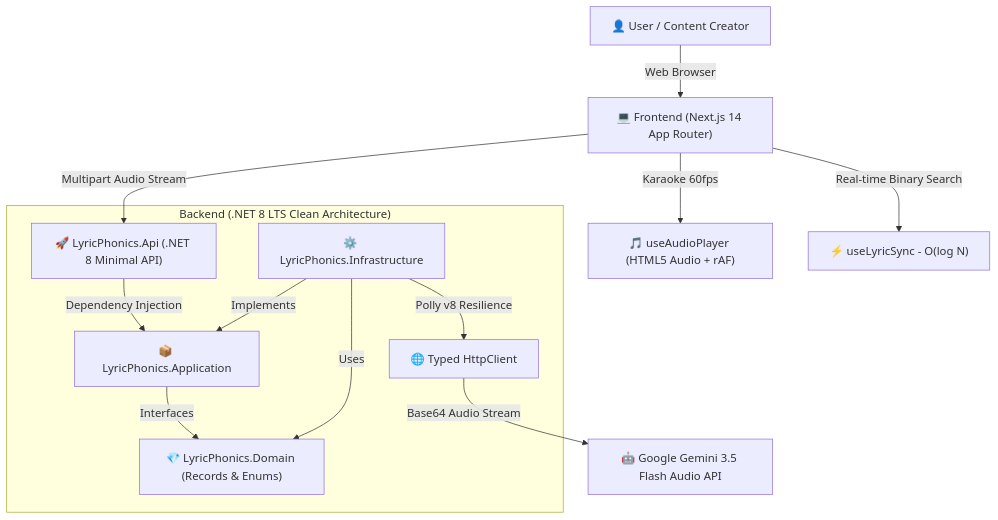
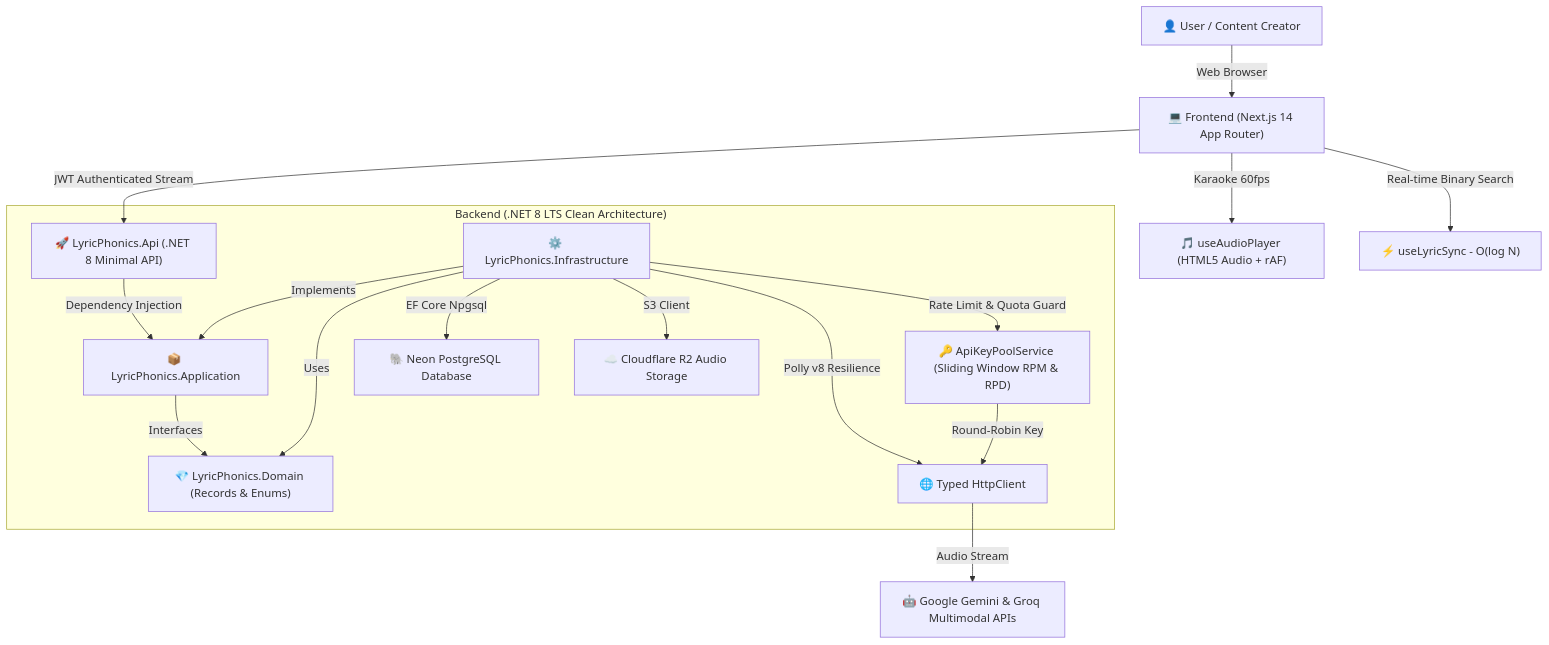
Before and after one commit to thieuhoang2002/LyricPhonics: the diagram in README.md, drawn with Mermaid. The commit also changed other lines of this file and 4 other files, not shown here.

Commit message:
docs: update changelog, roadmap and readme with v0.4.0 security hardening and cloud sync

````diff
--- a/README.md
+++ b/README.md
@@ -36,17 +36,21 @@
 ```mermaid
 graph TD
     User["👤 User / Content Creator"] -->|Web Browser| FE["💻 Frontend (Next.js 14 App Router)"]
     FE -->|Karaoke 60fps| Player["🎵 useAudioPlayer (HTML5 Audio + rAF)"]
     FE -->|Real-time Binary Search| Sync["⚡ useLyricSync - O(log N)"]
-    FE -->|Multipart Audio Stream| API["🚀 LyricPhonics.Api (.NET 8 Minimal API)"]
+    FE -->|JWT Authenticated Stream| API["🚀 LyricPhonics.Api (.NET 8 Minimal API)"]
     
     subgraph "Backend (.NET 8 LTS Clean Architecture)"
         API -->|Dependency Injection| App["📦 LyricPhonics.Application"]
         App -->|Interfaces| Domain["💎 LyricPhonics.Domain (Records & Enums)"]
         Infra["⚙️ LyricPhonics.Infrastructure"] -->|Implements| App
         Infra -->|Uses| Domain
+        Infra -->|Rate Limit & Quota Guard| Pool["🔑 ApiKeyPoolService (Sliding Window RPM & RPD)"]
         Infra -->|Polly v8 Resilience| HTTPClient["🌐 Typed HttpClient"]
+        Infra -->|EF Core Npgsql| Neon["🐘 Neon PostgreSQL Database"]
+        Infra -->|S3 Client| R2["☁️ Cloudflare R2 Audio Storage"]
     end
 
-    HTTPClient -->|Base64 Audio Stream| Gemini["🤖 Google Gemini 3.5 Flash Audio API"]
+    Pool -->|Round-Robin Key| HTTPClient
+    HTTPClient -->|Audio Stream| AI["🤖 Google Gemini & Groq Multimodal APIs"]
 ```
````
